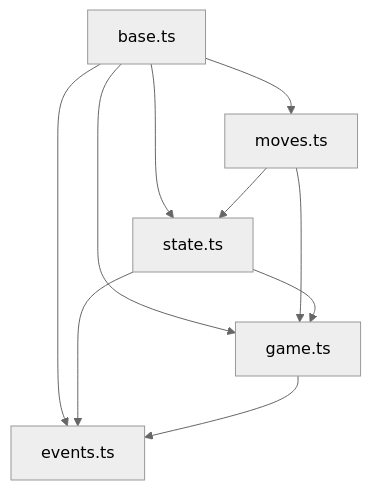
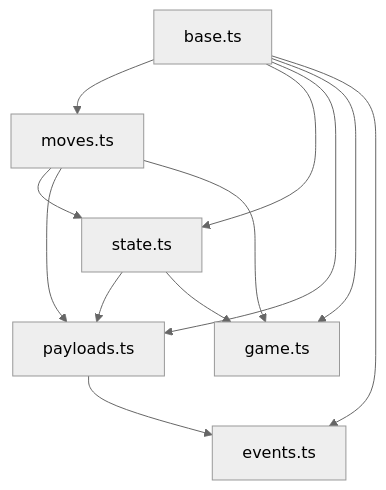
One commit to vcb88/ctorgame changed the first of 8 diagrams in docs/TYPE_DEPENDENCIES.md. Above: the diagram before and after it, drawn with Mermaid (neutral theme). The commit also changed other lines of this file and 4 other files, not shown here.

````diff
--- a/docs/TYPE_DEPENDENCIES.md
+++ b/docs/TYPE_DEPENDENCIES.md
@@ -5,18 +5,21 @@
 ```mermaid
 graph TD
     base[base.ts]
     moves[moves.ts]
     state[state.ts]
     game[game.ts]
     events[events.ts]
+    payloads[payloads.ts]
 
     base --> moves
     base --> state
+    base --> payloads
     moves --> state
+    moves --> payloads
+    state --> payloads
     base --> game
     moves --> game
     state --> game
     base --> events
-    state --> events
-    game --> events
+    payloads --> events
 ```
````
